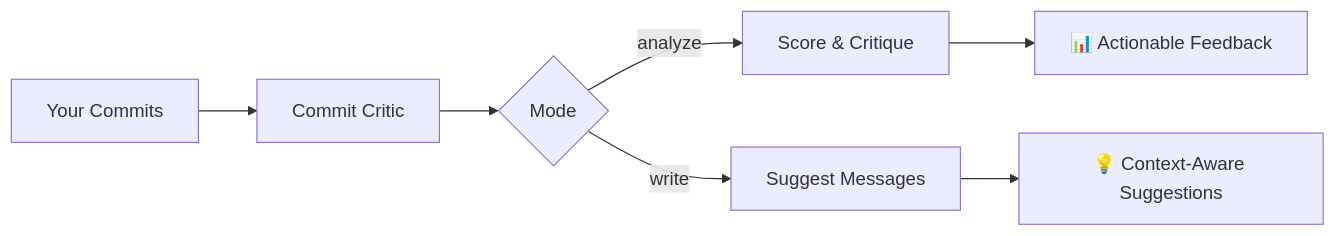
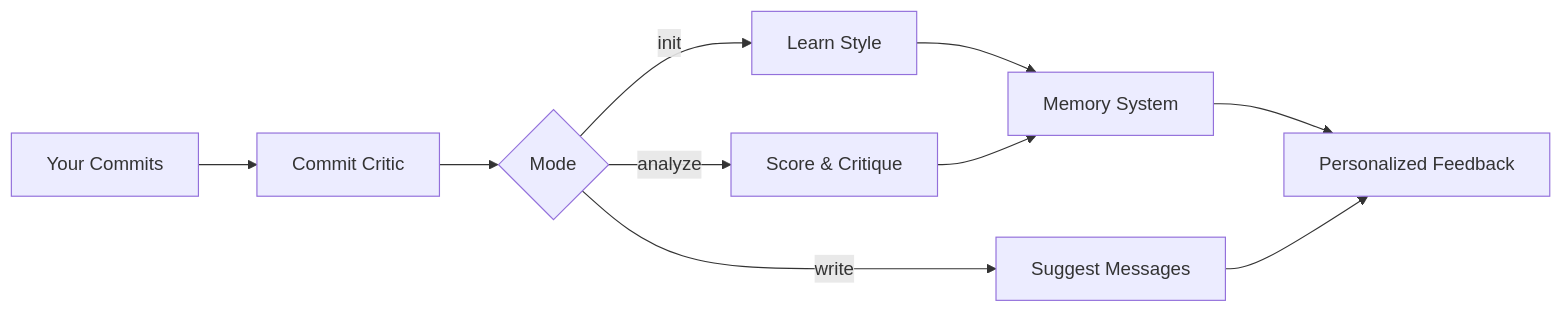
The diagram in README.md (Captain-Jay29/commit_critic), drawn with Mermaid before and after one commit. The commit also changed other lines of this file and 2 other files, not shown here.

First line of the commit message:
docs: update documentation for Phase 3 memory system

````diff
--- a/README.md
+++ b/README.md
@@ -16,9 +16,12 @@
 ```mermaid
 flowchart LR
     A[Your Commits] --> B[Commit Critic]
     B --> C{Mode}
-    C -->|analyze| D[Score & Critique]
-    C -->|write| E[Suggest Messages]
-    D --> F[📊 Actionable Feedback]
-    E --> G[💡 Context-Aware Suggestions]
+    C -->|init| D[Learn Style]
+    C -->|analyze| E[Score & Critique]
+    C -->|write| F[Suggest Messages]
+    D --> G[Memory System]
+    E --> G
+    G --> H[Personalized Feedback]
+    F --> H
 ```
````
